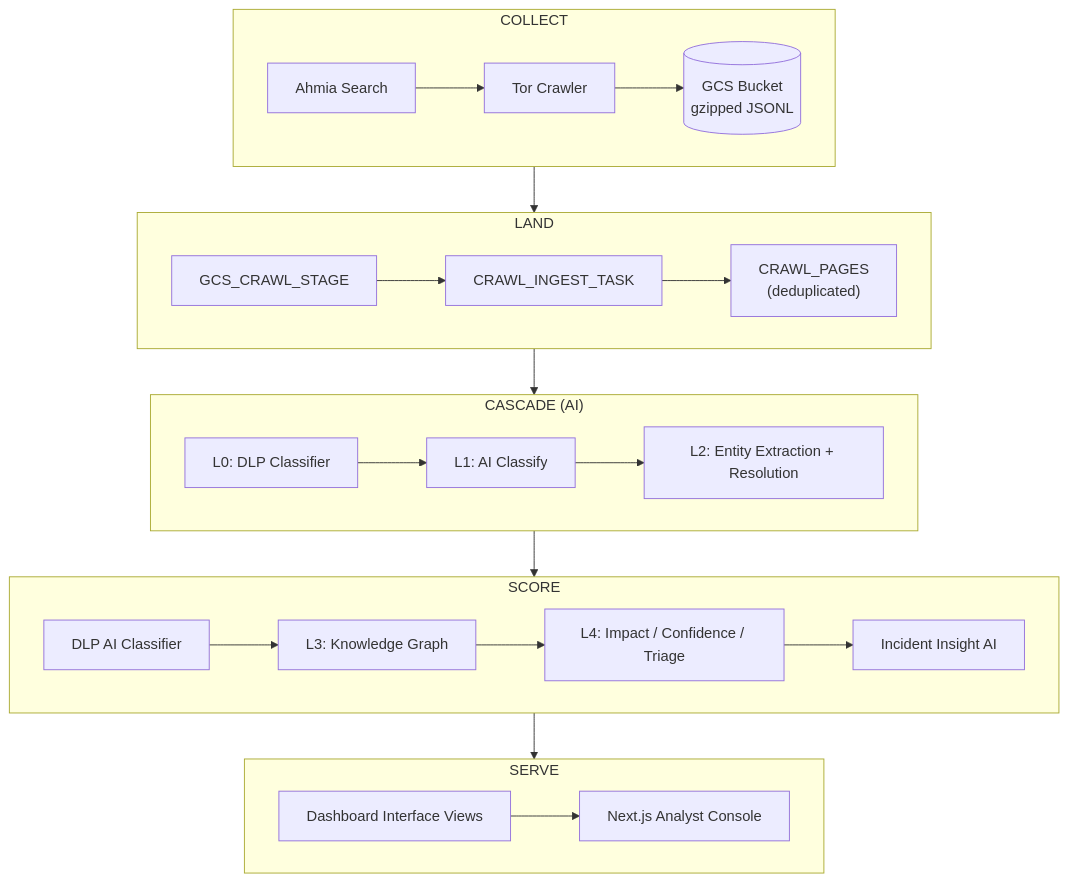
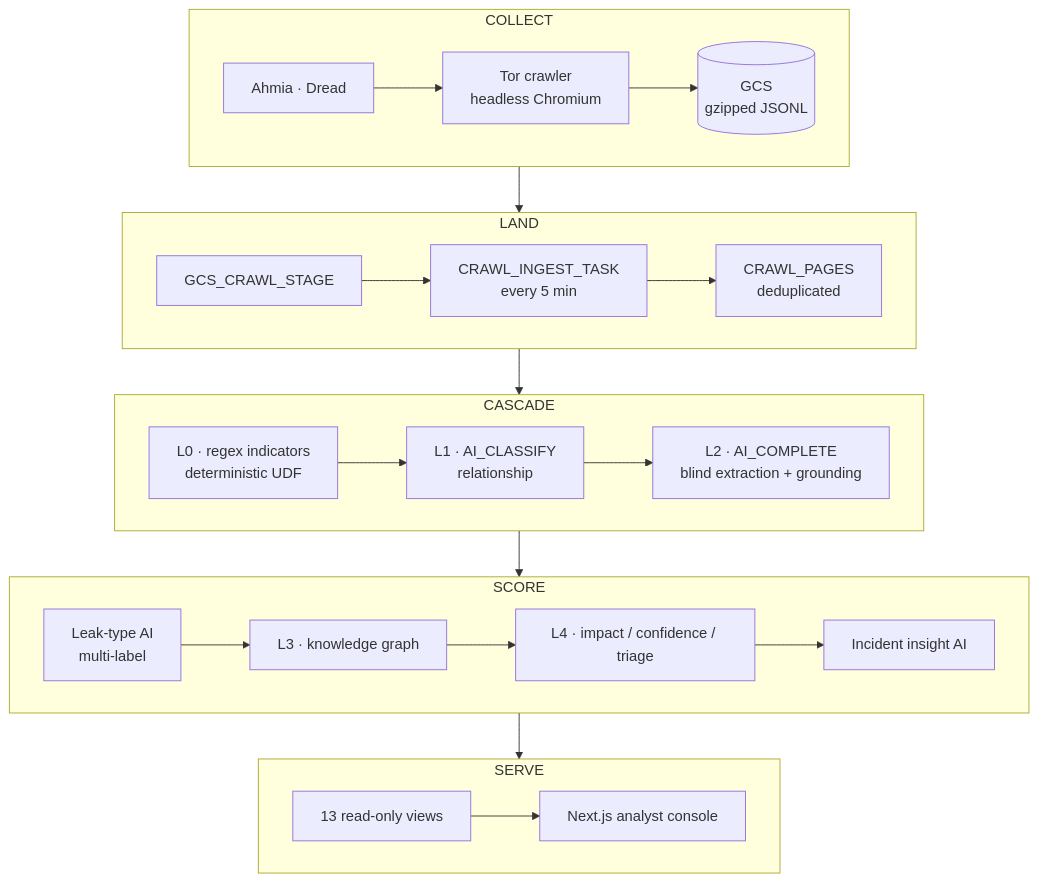
Before and after one commit to Muskankalonia/nocturne: the diagram in README.md, drawn with Mermaid. The commit also changed other lines of this file, not shown here.

````diff
--- a/README.md
+++ b/README.md
@@ -29,34 +109,34 @@
 ```mermaid
 flowchart TB
   subgraph collect ["COLLECT"]
     direction LR
-    Ahmia["Ahmia Search"] --> Crawler["Tor Crawler"]
-    Crawler --> GCS[("GCS Bucket\ngzipped JSONL")]
+    Ahmia["Ahmia · Dread"] --> Crawler["Tor crawler<br/>headless Chromium"]
+    Crawler --> GCS[("GCS<br/>gzipped JSONL")]
   end
 
   subgraph land ["LAND"]
     direction LR
-    Stage["GCS_CRAWL_STAGE"] --> Ingest["CRAWL_INGEST_TASK"]
-    Ingest --> Raw["CRAWL_PAGES\n(deduplicated)"]
+    Stage["GCS_CRAWL_STAGE"] --> Ingest["CRAWL_INGEST_TASK<br/>every 5 min"]
+    Ingest --> Raw["CRAWL_PAGES<br/>deduplicated"]
   end
 
-  subgraph cascade ["CASCADE (AI)"]
+  subgraph cascade ["CASCADE"]
     direction LR
-    L0["L0: DLP Classifier"] --> L1["L1: AI Classify"]
-    L1 --> L2["L2: Entity Extraction + Resolution"]
+    L0["L0 · regex indicators<br/>deterministic UDF"] --> L1["L1 · AI_CLASSIFY<br/>relationship"]
+    L1 --> L2["L2 · AI_COMPLETE<br/>blind extraction + grounding"]
   end
 
   subgraph score ["SCORE"]
     direction LR
-    LeakType["DLP AI Classifier"] --> KG["L3: Knowledge Graph"]
-    KG --> L4["L4: Impact / Confidence / Triage"]
-    L4 --> Insight["Incident Insight AI"]
+    LeakType["Leak-type AI<br/>multi-label"] --> KG["L3 · knowledge graph"]
+    KG --> L4["L4 · impact / confidence / triage"]
+    L4 --> Insight["Incident insight AI"]
   end
 
   subgraph serve ["SERVE"]
     direction LR
-    Views["Dashboard Interface Views"] --> Console["Next.js Analyst Console"]
+    Views["13 read-only views"] --> Console["Next.js analyst console"]
   end
 
   collect --> land --> cascade --> score --> serve
 ```
````
